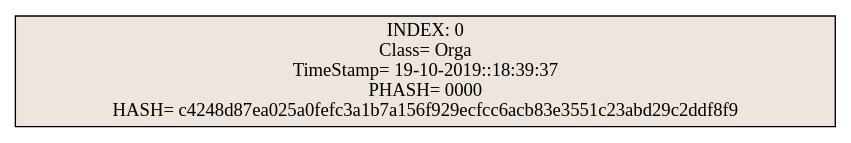
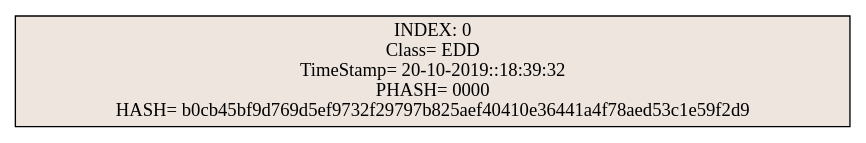
The diagram in Practica2/venv/Include/ListaBloques.dot (Eduardo01004/EDD_2S2019_P2_201612124), drawn with Graphviz before and after one commit. The commit also changed 8 other files, not shown here.

```diff
--- a/Practica2/venv/Include/ListaBloques.dot
+++ b/Practica2/venv/Include/ListaBloques.dot
@@ -1,3 +1,3 @@
 digraph G { 
-3088197[shape=record, style=filled, fillcolor=seashell2,label="INDEX: 0 &#92;n Class= Orga &#92;n TimeStamp= 19-10-2019::18:39:37&#92;n PHASH= 0000&#92;n HASH= c4248d87ea025a0fefc3a1b7a156f929ecfcc6acb83e3551c23abd29c2ddf8f9"];
+3542325[shape=record, style=filled, fillcolor=seashell2,label="INDEX: 0 &#92;n Class= EDD &#92;n TimeStamp= 20-10-2019::18:39:32&#92;n PHASH= 0000&#92;n HASH= b0cb45bf9d769d5ef9732f29797b825aef40410e36441a4f78aed53c1e59f2d9"];
 }
```
